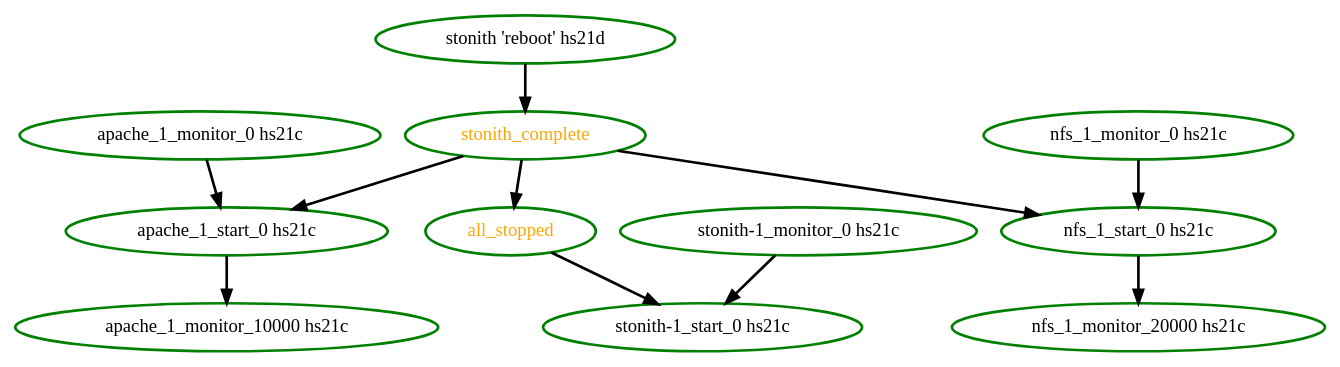
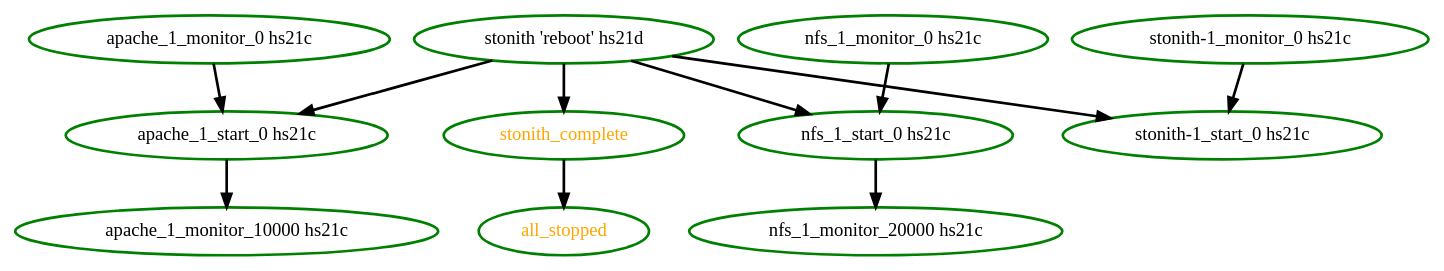
The diagram in cts/scheduler/systemhealthn2.dot (ClusterLabs/pacemaker), drawn with Graphviz before and after one commit. The commit also changed 144 other files, not shown here.

```diff
--- a/cts/scheduler/systemhealthn2.dot
+++ b/cts/scheduler/systemhealthn2.dot
@@ -1,23 +1,23 @@
 digraph "g" {
-"all_stopped" -> "stonith-1_start_0 hs21c" [ style = bold]
 "all_stopped" [ style=bold color="green" fontcolor="orange" ]
 "apache_1_monitor_0 hs21c" -> "apache_1_start_0 hs21c" [ style = bold]
 "apache_1_monitor_0 hs21c" [ style=bold color="green" fontcolor="black" ]
 "apache_1_monitor_10000 hs21c" [ style=bold color="green" fontcolor="black" ]
 "apache_1_start_0 hs21c" -> "apache_1_monitor_10000 hs21c" [ style = bold]
 "apache_1_start_0 hs21c" [ style=bold color="green" fontcolor="black" ]
 "nfs_1_monitor_0 hs21c" -> "nfs_1_start_0 hs21c" [ style = bold]
 "nfs_1_monitor_0 hs21c" [ style=bold color="green" fontcolor="black" ]
 "nfs_1_monitor_20000 hs21c" [ style=bold color="green" fontcolor="black" ]
 "nfs_1_start_0 hs21c" -> "nfs_1_monitor_20000 hs21c" [ style = bold]
 "nfs_1_start_0 hs21c" [ style=bold color="green" fontcolor="black" ]
+"stonith 'reboot' hs21d" -> "apache_1_start_0 hs21c" [ style = bold]
+"stonith 'reboot' hs21d" -> "nfs_1_start_0 hs21c" [ style = bold]
+"stonith 'reboot' hs21d" -> "stonith-1_start_0 hs21c" [ style = bold]
 "stonith 'reboot' hs21d" -> "stonith_complete" [ style = bold]
 "stonith 'reboot' hs21d" [ style=bold color="green" fontcolor="black"]
 "stonith-1_monitor_0 hs21c" -> "stonith-1_start_0 hs21c" [ style = bold]
 "stonith-1_monitor_0 hs21c" [ style=bold color="green" fontcolor="black" ]
 "stonith-1_start_0 hs21c" [ style=bold color="green" fontcolor="black" ]
 "stonith_complete" -> "all_stopped" [ style = bold]
-"stonith_complete" -> "apache_1_start_0 hs21c" [ style = bold]
-"stonith_complete" -> "nfs_1_start_0 hs21c" [ style = bold]
 "stonith_complete" [ style=bold color="green" fontcolor="orange" ]
 }
```
